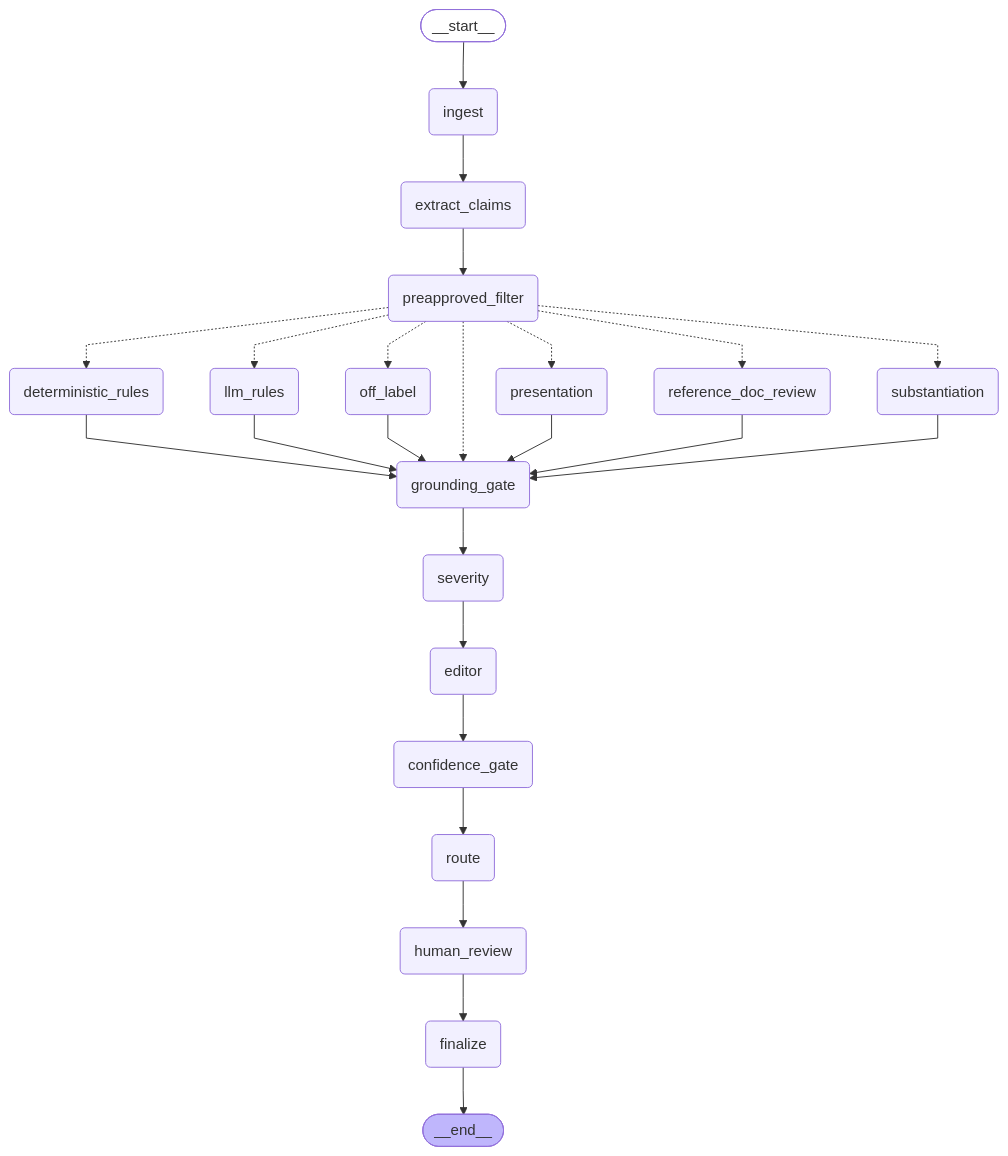
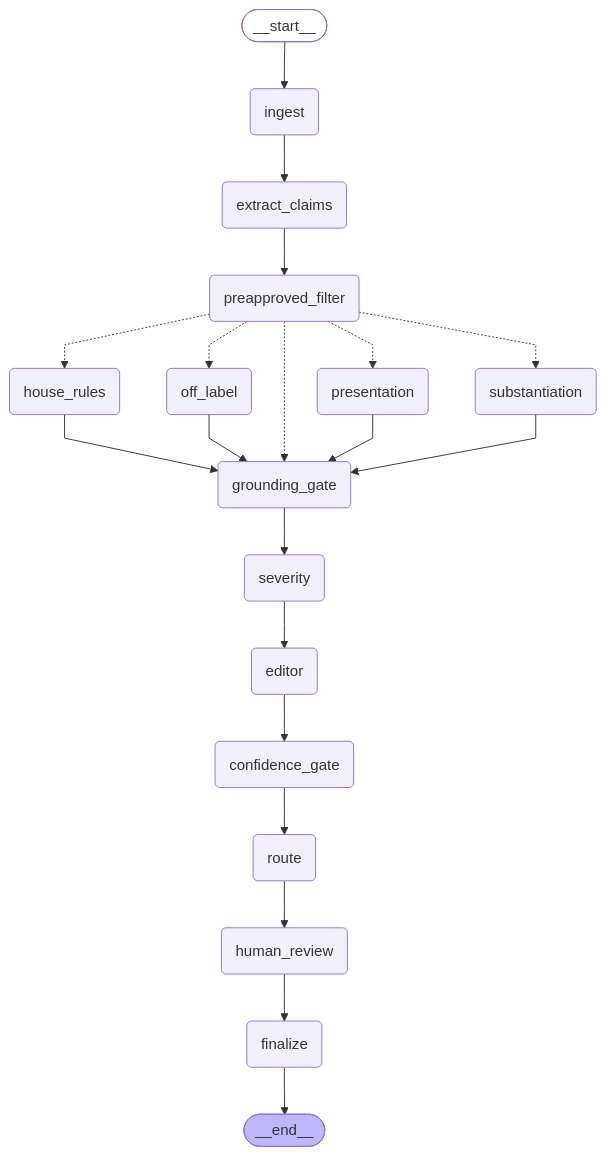
The diagram in docs/graph.mmd (supriyarao/mlr-review), drawn with Mermaid before and after one commit. The commit also changed 14 other files, not shown here.

```diff
--- a/docs/graph.mmd
+++ b/docs/graph.mmd
@@ -1,50 +1,44 @@
 ---
 config:
   flowchart:
     curve: linear
 ---
 graph TD;
 	__start__([<p>__start__</p>]):::first
 	ingest(ingest)
 	extract_claims(extract_claims)
 	preapproved_filter(preapproved_filter)
 	substantiation(substantiation)
 	off_label(off_label)
 	presentation(presentation)
-	deterministic_rules(deterministic_rules)
-	llm_rules(llm_rules)
-	reference_doc_review(reference_doc_review)
+	house_rules(house_rules)
 	grounding_gate(grounding_gate)
 	severity(severity)
 	editor(editor)
 	confidence_gate(confidence_gate)
 	route(route)
 	human_review(human_review)
 	finalize(finalize)
 	__end__([<p>__end__</p>]):::last
 	__start__ --> ingest;
 	confidence_gate --> route;
-	deterministic_rules --> grounding_gate;
 	editor --> confidence_gate;
 	extract_claims --> preapproved_filter;
 	grounding_gate --> severity;
+	house_rules --> grounding_gate;
 	human_review --> finalize;
 	ingest --> extract_claims;
-	llm_rules --> grounding_gate;
 	off_label --> grounding_gate;
-	preapproved_filter -.-> deterministic_rules;
 	preapproved_filter -.-> grounding_gate;
-	preapproved_filter -.-> llm_rules;
+	preapproved_filter -.-> house_rules;
 	preapproved_filter -.-> off_label;
 	preapproved_filter -.-> presentation;
-	preapproved_filter -.-> reference_doc_review;
 	preapproved_filter -.-> substantiation;
 	presentation --> grounding_gate;
-	reference_doc_review --> grounding_gate;
 	route --> human_review;
 	severity --> editor;
 	substantiation --> grounding_gate;
 	finalize --> __end__;
 	classDef default fill:#f2f0ff,line-height:1.2
 	classDef first fill-opacity:0
 	classDef last fill:#bfb6fc
```
